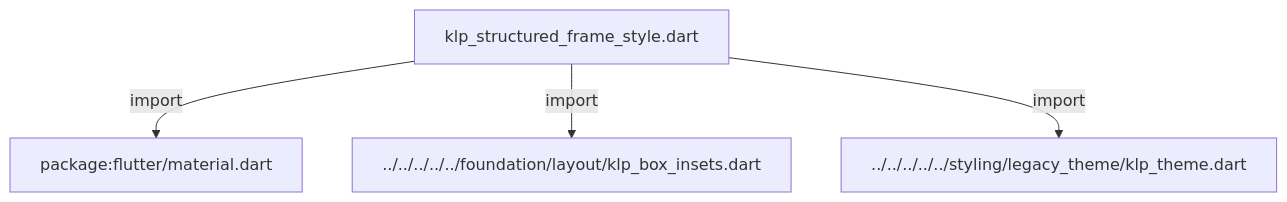
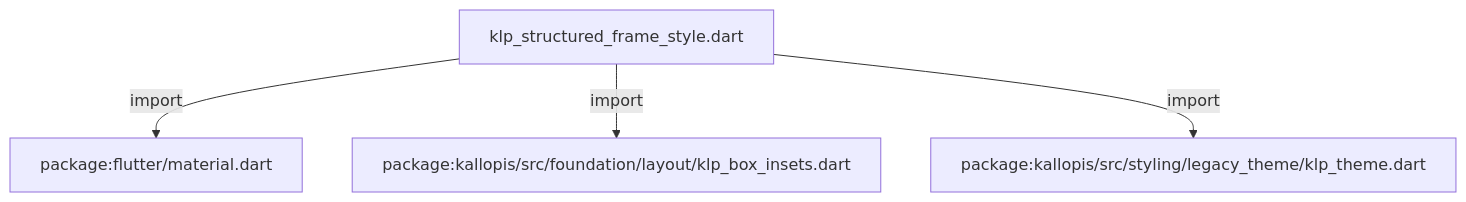
One commit to MiuDog/Kallopis changed the first of 2 diagrams in docs/architecture/src/features/forms/structured/primitives/internal/klp_structured_frame_style.md. Above: the diagram before and after it, drawn with Mermaid. The commit also changed other lines of this file and 9688 other files, not shown here.

Commit message:
Prepare isolated Flow F2 peer baseline

````diff
--- a/docs/architecture/src/features/forms/structured/primitives/internal/klp_structured_frame_style.md
+++ b/docs/architecture/src/features/forms/structured/primitives/internal/klp_structured_frame_style.md
@@ -11,10 +11,10 @@
 ```mermaid
 flowchart TD
 	n0["klp_structured_frame_style.dart"]
 	n1["package:flutter/material.dart"]
-	n2["../../../../../foundation/layout/klp_box_insets.dart"]
-	n3["../../../../../styling/legacy_theme/klp_theme.dart"]
+	n2["package:kallopis/src/foundation/layout/klp_box_insets.dart"]
+	n3["package:kallopis/src/styling/legacy_theme/klp_theme.dart"]
 	n0 -->|"import"| n1
 	n0 -->|"import"| n2
 	n0 -->|"import"| n3
 ```
````
